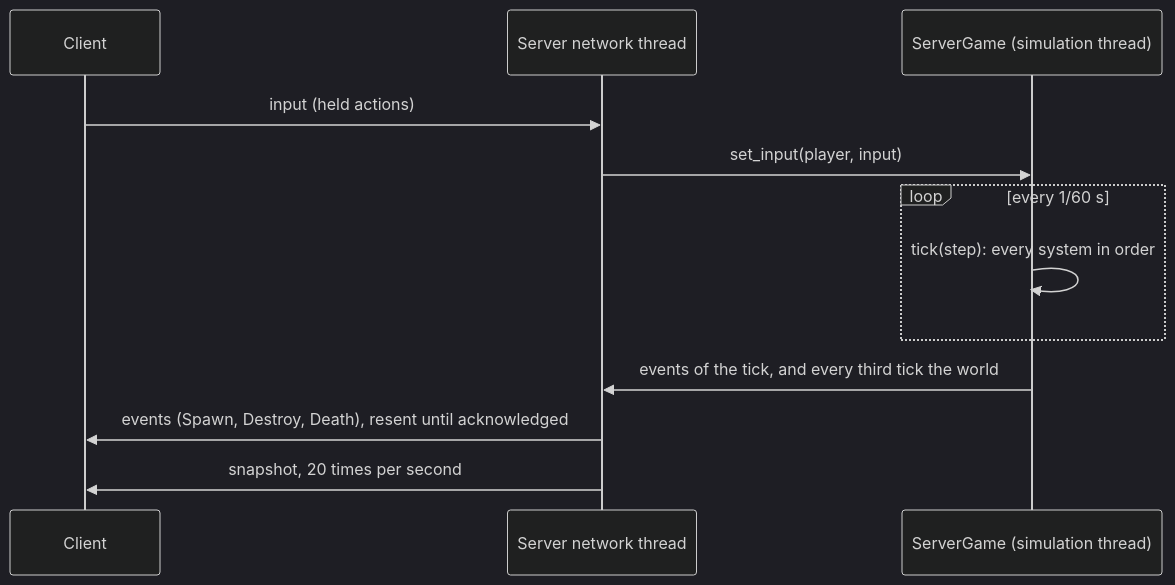
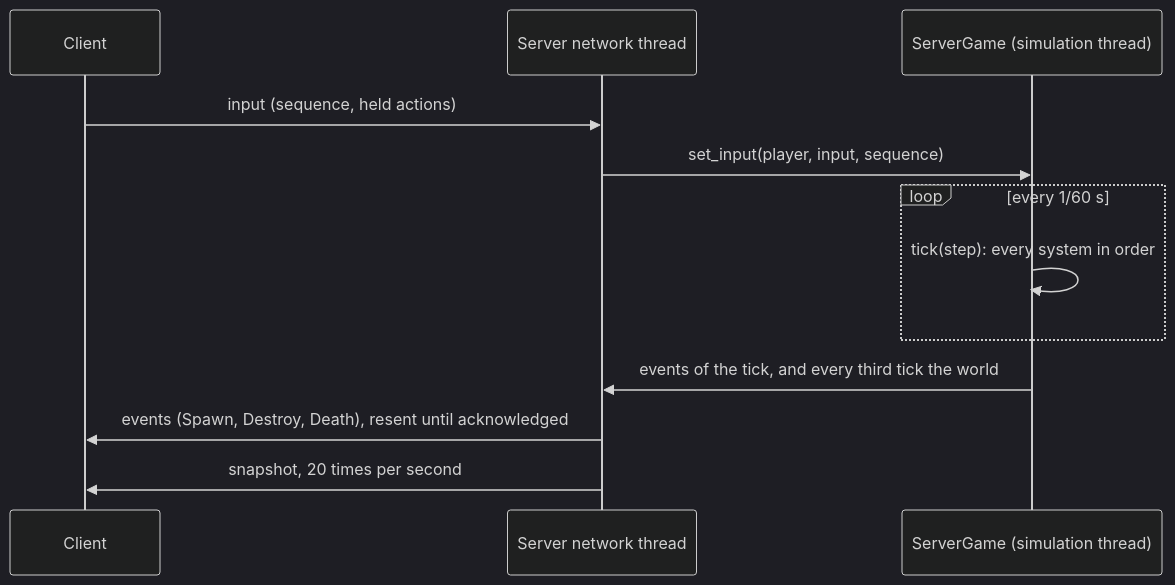
The second of 2 diagrams in docs/architecture.md (Aegis2D-Dev/project-rtype), drawn with Mermaid (dark theme) before and after one commit. The commit also changed other lines of this file and 3 other files, not shown here.

Commit message:
feat(docs): documented input sequences and updated changelogs

````diff
--- a/docs/architecture.md
+++ b/docs/architecture.md
@@ -50,14 +52,14 @@
 ```mermaid
 sequenceDiagram
     participant C as Client
     participant N as Server network thread
     participant G as ServerGame (simulation thread)
-    C->>N: input (held actions)
-    N->>G: set_input(player, input)
+    C->>N: input (sequence, held actions)
+    N->>G: set_input(player, input, sequence)
     loop every 1/60 s
         G->>G: tick(step): every system in order
     end
     G->>N: events of the tick, and every third tick the world
     N->>C: events (Spawn, Destroy, Death), resent until acknowledged
     N->>C: snapshot, 20 times per second
 ```
````
